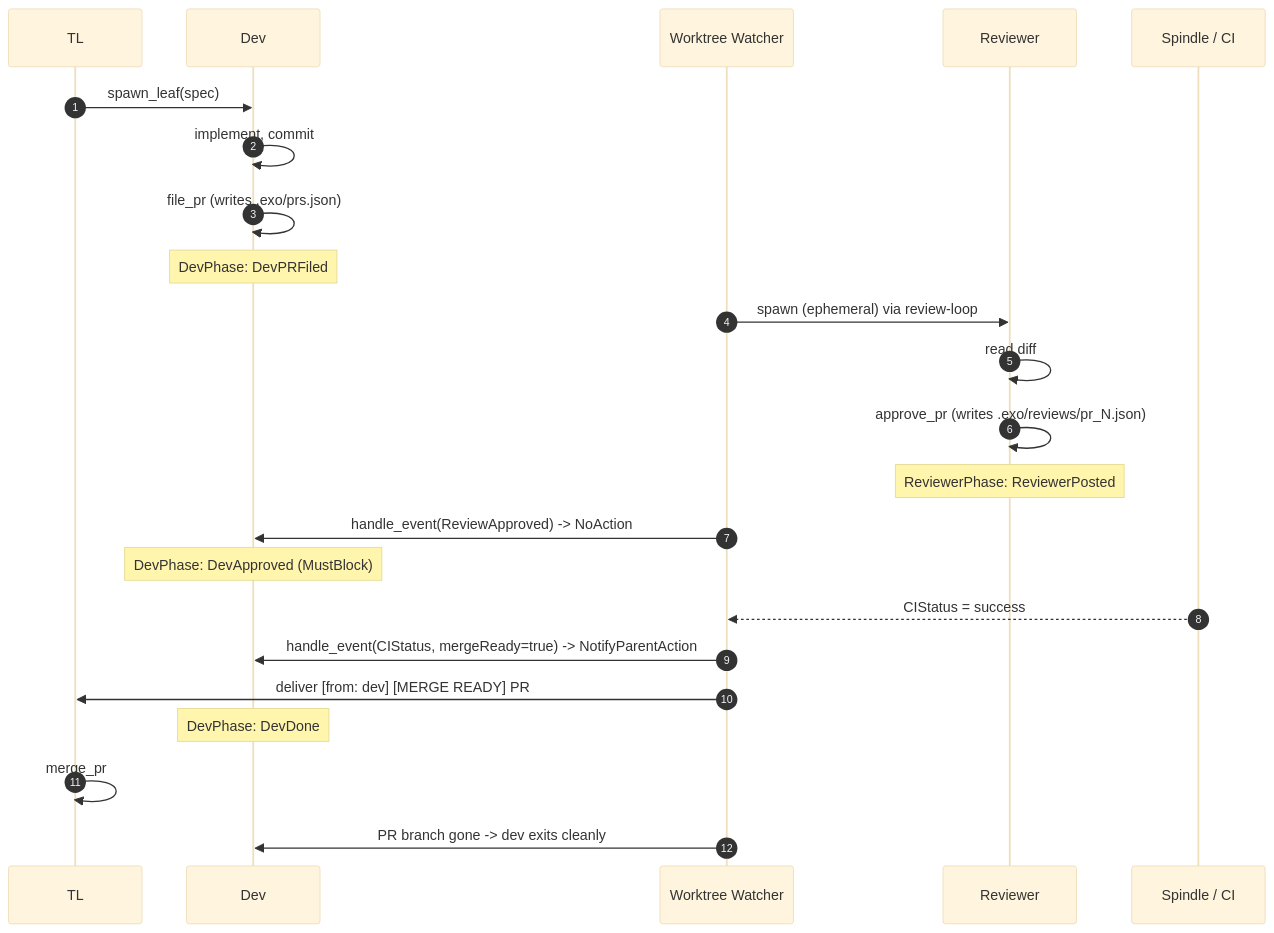
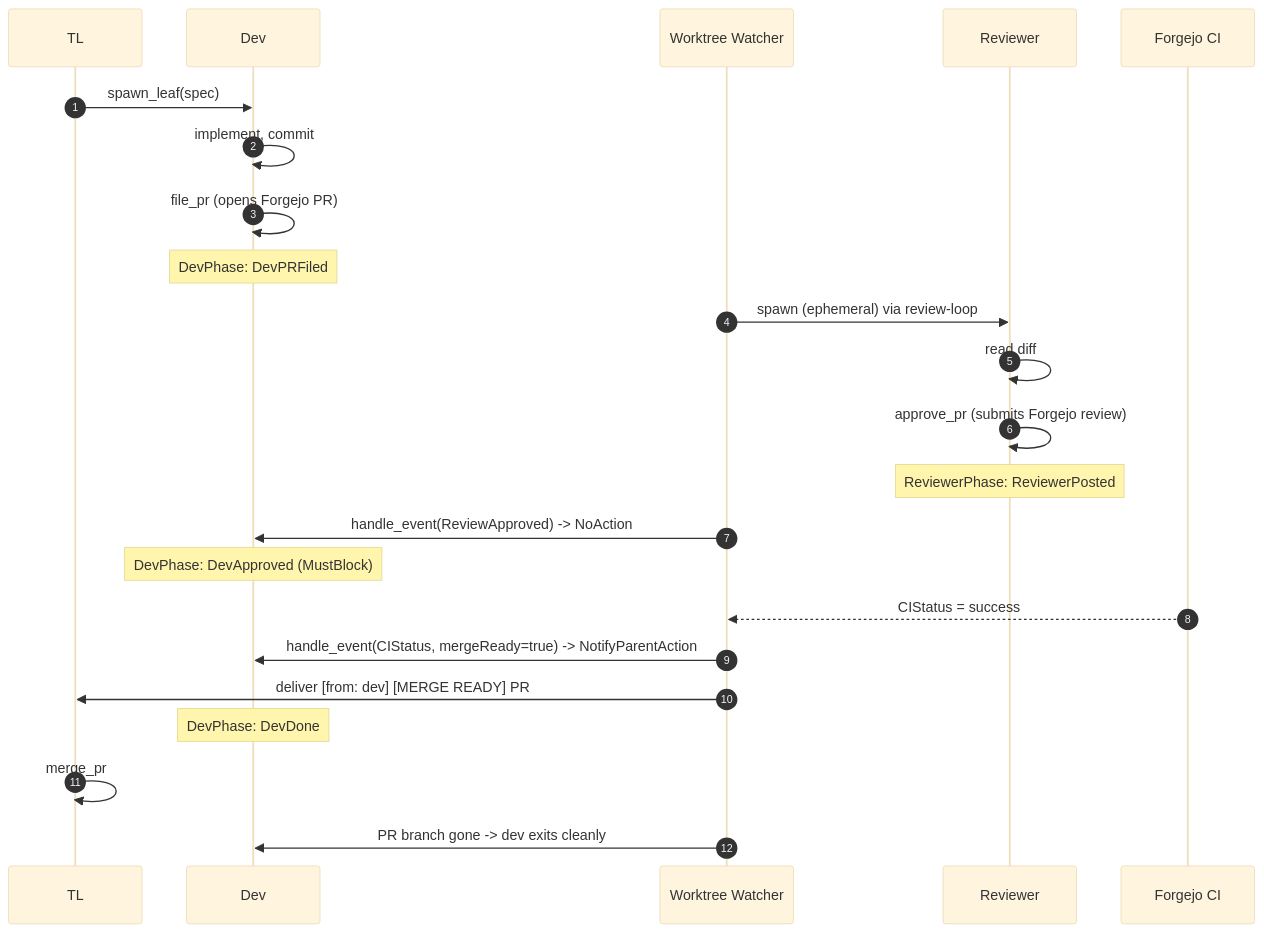
The sixth of 8 diagrams in docs/architecture/agent-system.md (nanonite/exomonad), drawn with Mermaid (base theme) before and after one commit. The commit also changed other lines of this file and 68 other files, not shown here.

````diff
--- a/docs/architecture/agent-system.md
+++ b/docs/architecture/agent-system.md
@@ -217,26 +217,26 @@
 ```mermaid
 sequenceDiagram
   autonumber
   participant TL
   participant Dev
   participant Watcher as Worktree Watcher
   participant Reviewer
-  participant CI as Spindle / CI
+  participant CI as Forgejo CI
 
   TL->>Dev: spawn_leaf(spec)
   Dev->>Dev: implement, commit
-  Dev->>Dev: file_pr (writes .exo/prs.json)
+  Dev->>Dev: file_pr (opens Forgejo PR)
   Note over Dev: DevPhase: DevPRFiled
   Watcher->>Reviewer: spawn (ephemeral) via review-loop
   Reviewer->>Reviewer: read diff
-  Reviewer->>Reviewer: approve_pr (writes .exo/reviews/pr_N.json)
+  Reviewer->>Reviewer: approve_pr (submits Forgejo review)
   Note over Reviewer: ReviewerPhase: ReviewerPosted
   Watcher->>Dev: handle_event(ReviewApproved) -> NoAction
   Note over Dev: DevPhase: DevApproved (MustBlock)
   CI-->>Watcher: CIStatus = success
   Watcher->>Dev: handle_event(CIStatus, mergeReady=true) -> NotifyParentAction
   Watcher->>TL: deliver [from: dev] [MERGE READY] PR #N
   Note over Dev: DevPhase: DevDone
   TL->>TL: merge_pr
   Watcher->>Dev: PR branch gone -> dev exits cleanly
 ```
````
